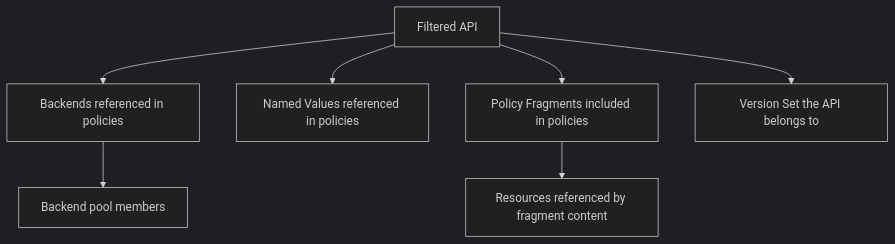
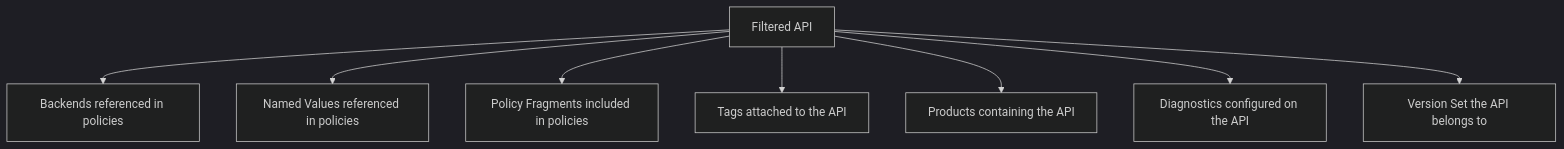
Before and after one commit to Azure/apiops-cli: the diagram in docs/guides/filtering-resources.md, drawn with Mermaid (dark theme). The commit also changed other lines of this file, not shown here.

Commit message:
docs: enhance filtering resources guide with publishing details and examples

````diff
--- a/docs/guides/filtering-resources.md
+++ b/docs/guides/filtering-resources.md
@@ -291,9 +303,10 @@
 ```mermaid
 flowchart TD
     A[Filtered API] --> B[Backends referenced in policies]
     A --> C[Named Values referenced in policies]
     A --> D[Policy Fragments included in policies]
-    A --> E[Version Set the API belongs to]
-    B --> F[Backend pool members]
-    D --> G[Resources referenced by fragment content]
+    A --> E[Tags attached to the API]
+    A --> F[Products containing the API]
+    A --> G[Diagnostics configured on the API]
+    A --> H[Version Set the API belongs to]
 ```
````
